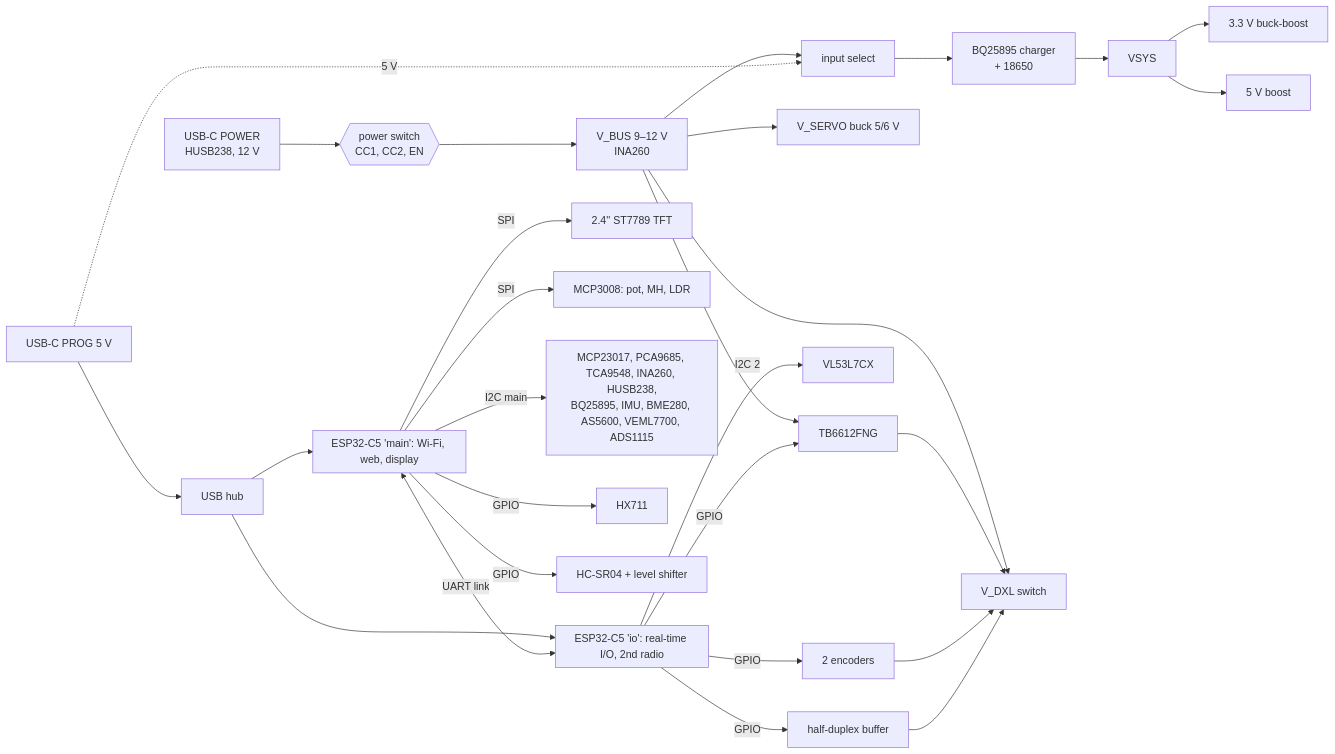
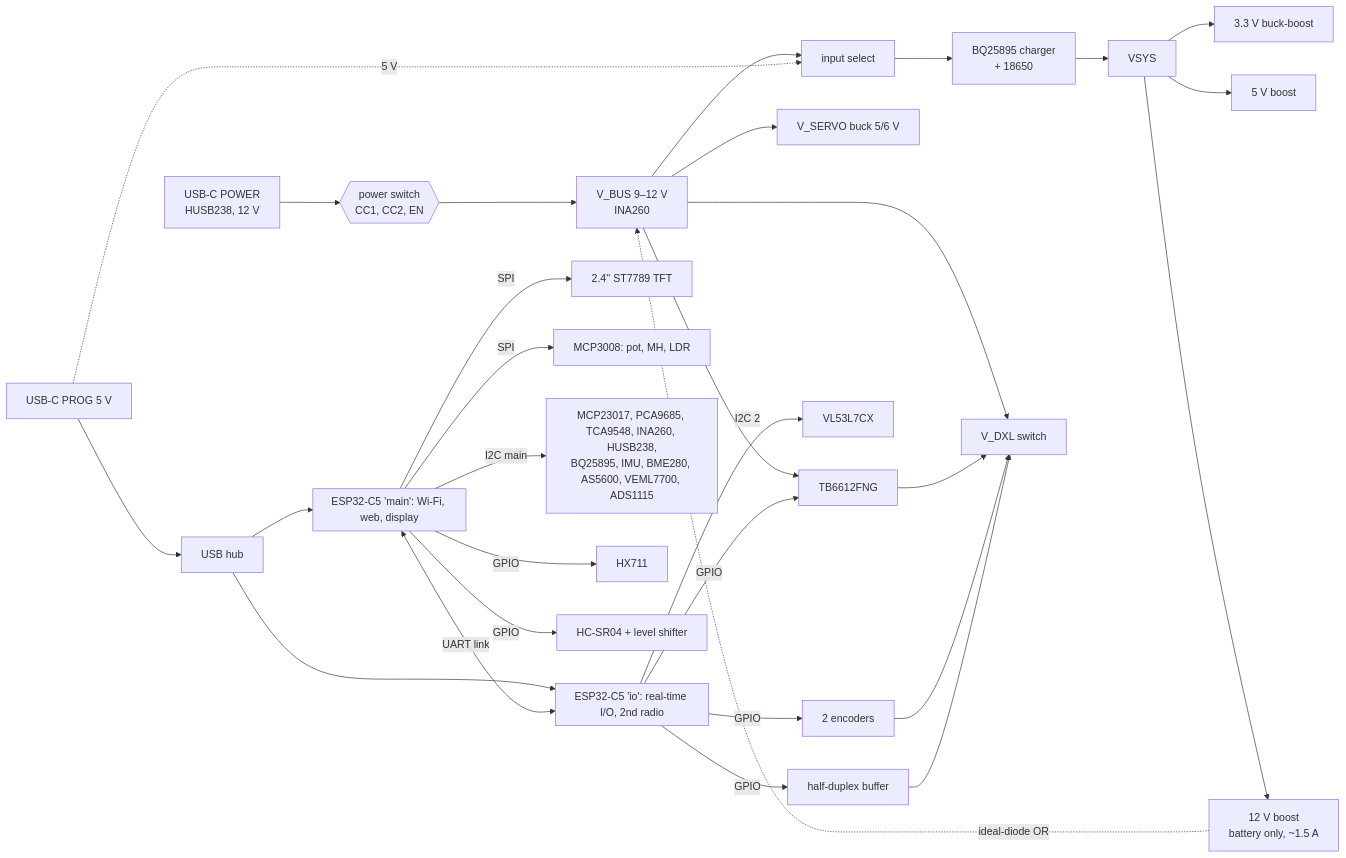
Before and after one commit to vgroenhuis/SensorTestSetup: the diagram in Electronics_KiCad/PCB_SPEC.md, drawn with Mermaid. The commit also changed other lines of this file, not shown here.

````diff
--- a/Electronics_KiCad/PCB_SPEC.md
+++ b/Electronics_KiCad/PCB_SPEC.md
@@ -42,23 +43,24 @@
 ```mermaid
 flowchart LR
   PD[USB-C POWER<br>HUSB238, 12 V] --> SW{{power switch<br>CC1, CC2, EN}}
   SW --> VBUS[V_BUS 9–12 V<br>INA260]
   PROG[USB-C PROG 5 V] --> HUB[USB hub]
   HUB --> A & B
   VBUS --> MUX[input select] --> CHG[BQ25895 charger<br>+ 18650]
   PROG -. 5 V .-> MUX
-  CHG --> VSYS[VSYS] --> R33[3.3 V buck-boost] & R5[5 V boost]
+  CHG --> VSYS[VSYS] --> R33[3.3 V buck-boost] & R5[5 V boost] & B12[12 V boost<br>battery only, ~1.5 A]
+  B12 -. ideal-diode OR .-> VBUS
   VBUS --> SERVO[V_SERVO buck 5/6 V] & MOT[TB6612FNG] & DXL[V_DXL switch]
   subgraph A[ESP32-C5 'main': Wi-Fi, web, display]
     direction TB
   end
   subgraph B[ESP32-C5 'io': real-time I/O, 2nd radio]
     direction TB
   end
   A <-- UART link --> B
   A -- SPI --> TFT[2.4'' ST7789 TFT] & ADC8[MCP3008: pot, MH, LDR]
   A -- I2C main --> I2CDEV[MCP23017, PCA9685, TCA9548, INA260, HUSB238,<br>BQ25895, IMU, BME280, AS5600, VEML7700, ADS1115]
   A -- GPIO --> HX[HX711] & US[HC-SR04 + level shifter]
   B -- I2C 2 --> TOF[VL53L7CX]
   B -- GPIO --> MOT & ENC[2 encoders] & DXLBUF[half-duplex buffer] --> DXL
 ```
````
